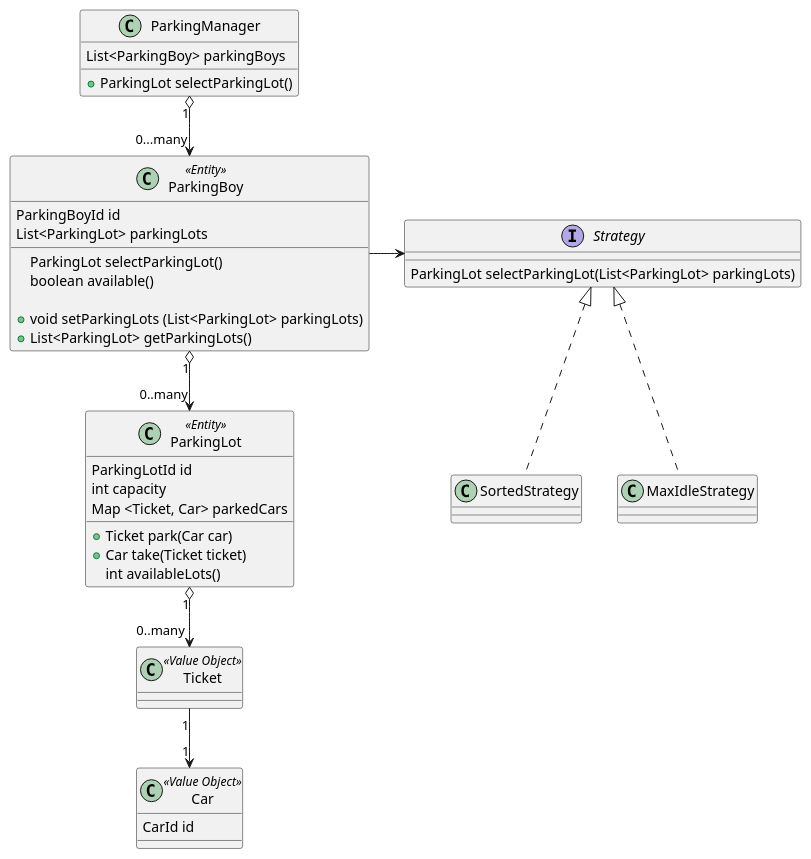
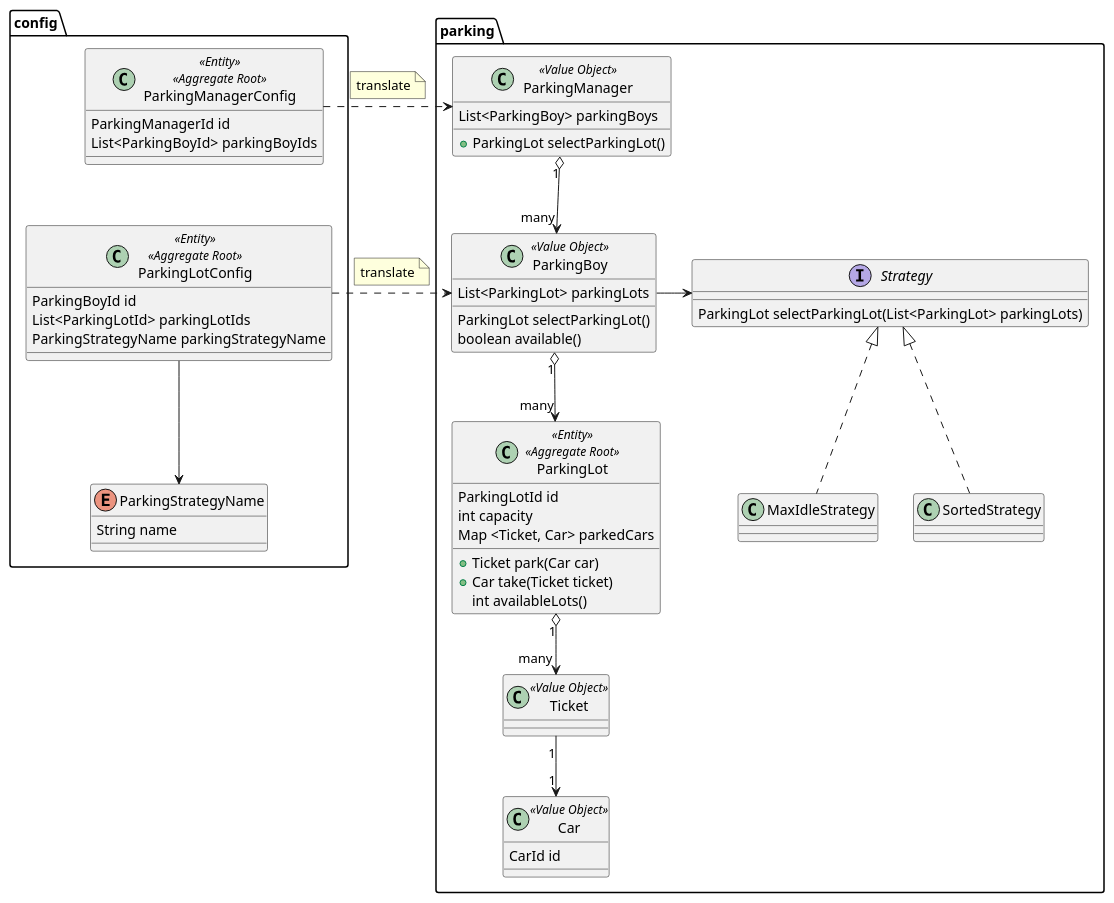
Before and after one commit to dlstonedl/ddd-practice: the diagram in src/main/resources/plantuml/ParkingLotsManagement.puml, drawn with PlantUML.

Commit message:
modify uml

```diff
--- a/src/main/resources/plantuml/ParkingLotsManagement.puml
+++ b/src/main/resources/plantuml/ParkingLotsManagement.puml
@@ -1,52 +1,77 @@
 @startuml
 
-class ParkingManager {
-  List<ParkingBoy> parkingBoys
+package config {
+  class ParkingManagerConfig <<Entity>> <<Aggregate Root>> {
+     ParkingManagerId id
+     List<ParkingBoyId> parkingBoyIds
+  }
 
-  + ParkingLot selectParkingLot()
+  ParkingManagerConfig --[hidden] ParkingLotConfig
+
+  class ParkingLotConfig <<Entity>> <<Aggregate Root>> {
+    ParkingBoyId id
+    List<ParkingLotId> parkingLotIds
+    ParkingStrategyName parkingStrategyName
+  }
+
+  enum ParkingStrategyName {
+    String name
+  }
+  ParkingLotConfig --> ParkingStrategyName
 }
 
-ParkingManager "1" o--> "0...many" ParkingBoy
 
-class ParkingBoy << Entity >> {
-  ParkingBoyId id
-  List<ParkingLot> parkingLots
+package parking {
+  class ParkingManager <<Value Object>> {
+    List<ParkingBoy> parkingBoys
 
-  ParkingLot selectParkingLot()
-  boolean available()
+    + ParkingLot selectParkingLot()
+  }
+  ParkingManagerConfig .> ParkingManager
+  note top on link
+    translate
+  end note
+  ParkingManager  "1" o--> "many" ParkingBoy
 
-  + void setParkingLots (List<ParkingLot> parkingLots)
-  + List<ParkingLot> getParkingLots()
+  class ParkingBoy <<Value Object>> {
+    List<ParkingLot> parkingLots
+
+    ParkingLot selectParkingLot()
+    boolean available()
+  }
+  ParkingLotConfig .> ParkingBoy
+  note top on link
+    translate
+  end note
+
+  interface Strategy {
+    ParkingLot selectParkingLot(List<ParkingLot> parkingLots)
+  }
+  class SortedStrategy
+  class MaxIdleStrategy
+  Strategy <|.. SortedStrategy
+  Strategy <|.. MaxIdleStrategy
+  ParkingBoy -> Strategy
+
+  class ParkingLot <<Entity>> <<Aggregate Root>> {
+    ParkingLotId id
+    int capacity
+    Map <Ticket, Car> parkedCars
+
+    + Ticket park(Car car)
+    + Car take(Ticket ticket)
+    int availableLots()
+  }
+
+  Class Car <<Value Object>> {
+      CarId id
+  }
+
+  Class Ticket <<Value Object>> {
+  }
+
+  Ticket "1" --> "1" Car
+  ParkingLot "1" o--> "many" Ticket
+  ParkingBoy "1" o--> "many" ParkingLot
 }
-
-interface Strategy {
-  ParkingLot selectParkingLot(List<ParkingLot> parkingLots)
-}
-class SortedStrategy
-class MaxIdleStrategy
-Strategy <|.. SortedStrategy
-Strategy <|.. MaxIdleStrategy
-ParkingBoy -> Strategy
-
-class ParkingLot << Entity >> {
-  ParkingLotId id
-  int capacity
-  Map <Ticket, Car> parkedCars
-
-  + Ticket park(Car car)
-  + Car take(Ticket ticket)
-  int availableLots()
-}
-
-Class Car << Value Object >> {
-    CarId id
-}
-
-Class Ticket << Value Object >> {
-}
-
-Ticket "1" --> "1" Car
-ParkingLot "1" o--> "0..many" Ticket
-ParkingBoy "1" o--> "0..many" ParkingLot
-
 @enduml
```
